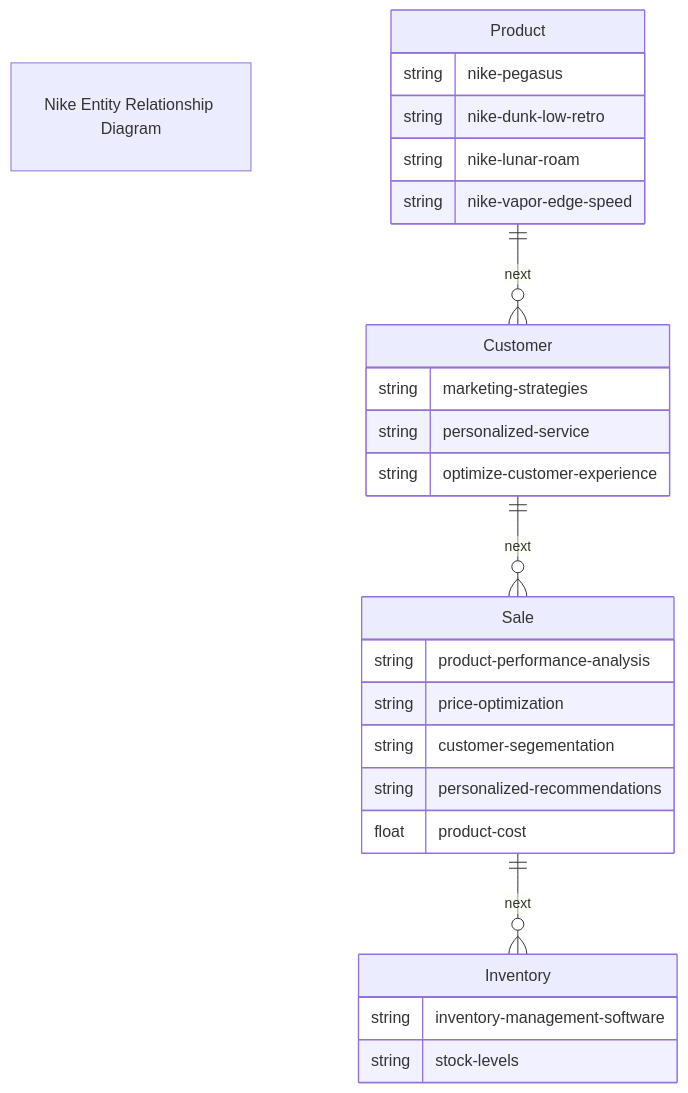
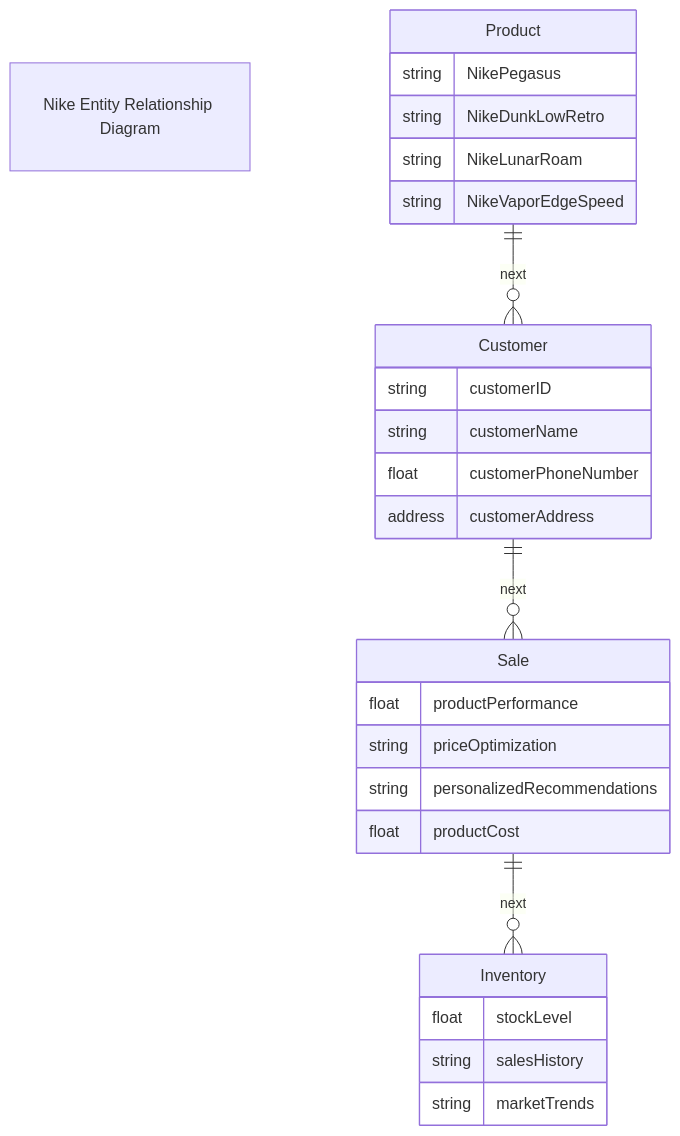
Before and after one commit to JordanDuncan5/Nike-Store-ERD: the diagram in NikeStore_ERD.md, drawn with Mermaid.

Commit message:
Update NikeStore_ERD.md
updated sections

````diff
--- a/NikeStore_ERD.md
+++ b/NikeStore_ERD.md
@@ -1,34 +1,35 @@
 ```mermaid
 
 erDiagram
 
 "Nike Entity Relationship Diagram"
 
     Product ||--o{ Customer :next
     Product{
-        string nike-pegasus
-        string nike-dunk-low-retro
-        string nike-lunar-roam
-        string nike-vapor-edge-speed
+        string NikePegasus
+        string NikeDunkLowRetro
+        string NikeLunarRoam
+        string NikeVaporEdgeSpeed
     }
     Customer ||--o{ Sale :next
     Customer{
-        string marketing-strategies
-        string personalized-service
-        string optimize-customer-experience
+        string customerID
+        string customerName
+        float customerPhoneNumber
+        address customerAddress
     }
     Sale ||--o{ Inventory :next
     Sale{
-        string product-performance-analysis
-        string price-optimization
-        string customer-segementation
-        string personalized-recommendations
-        float product-cost
+        float productPerformance
+        string priceOptimization
+        string personalizedRecommendations
+        float productCost
     }
     
     Inventory{
-        string inventory-management-software
-        string stock-levels
+        float stockLevel
+        string salesHistory
+        string marketTrends
     }
 
 ```
````
